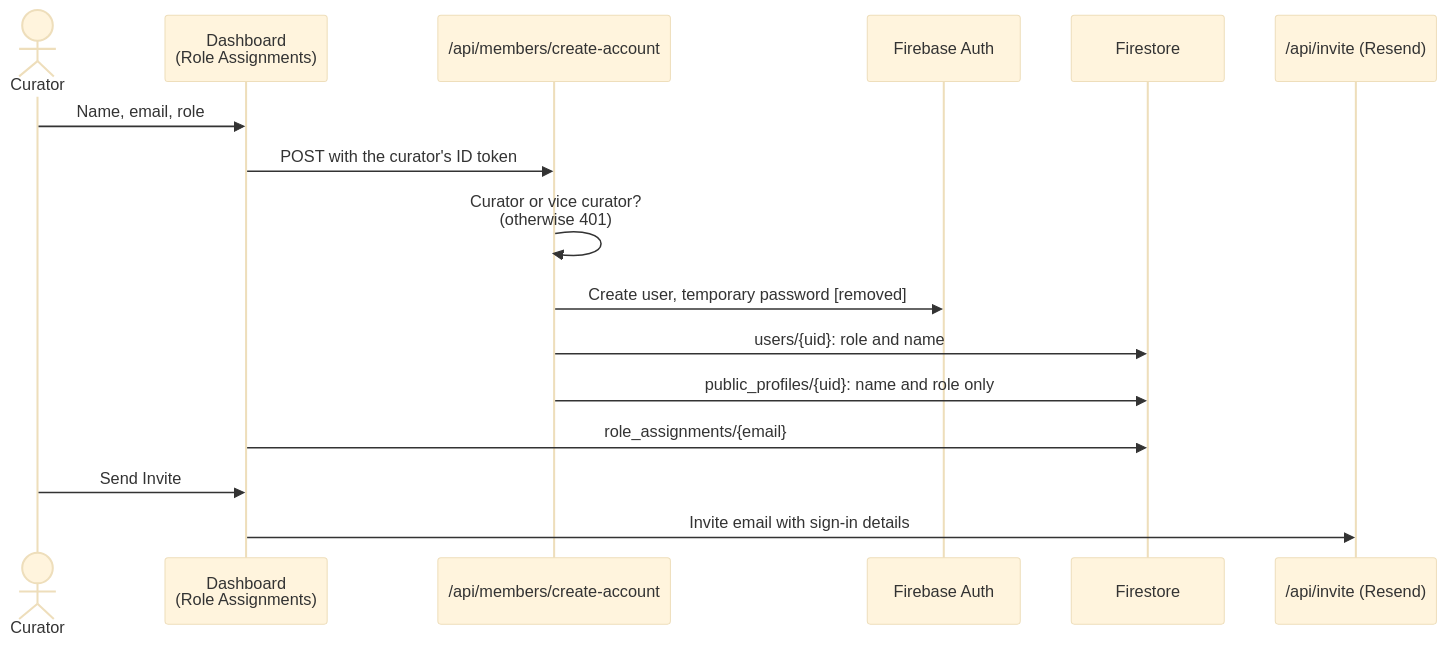
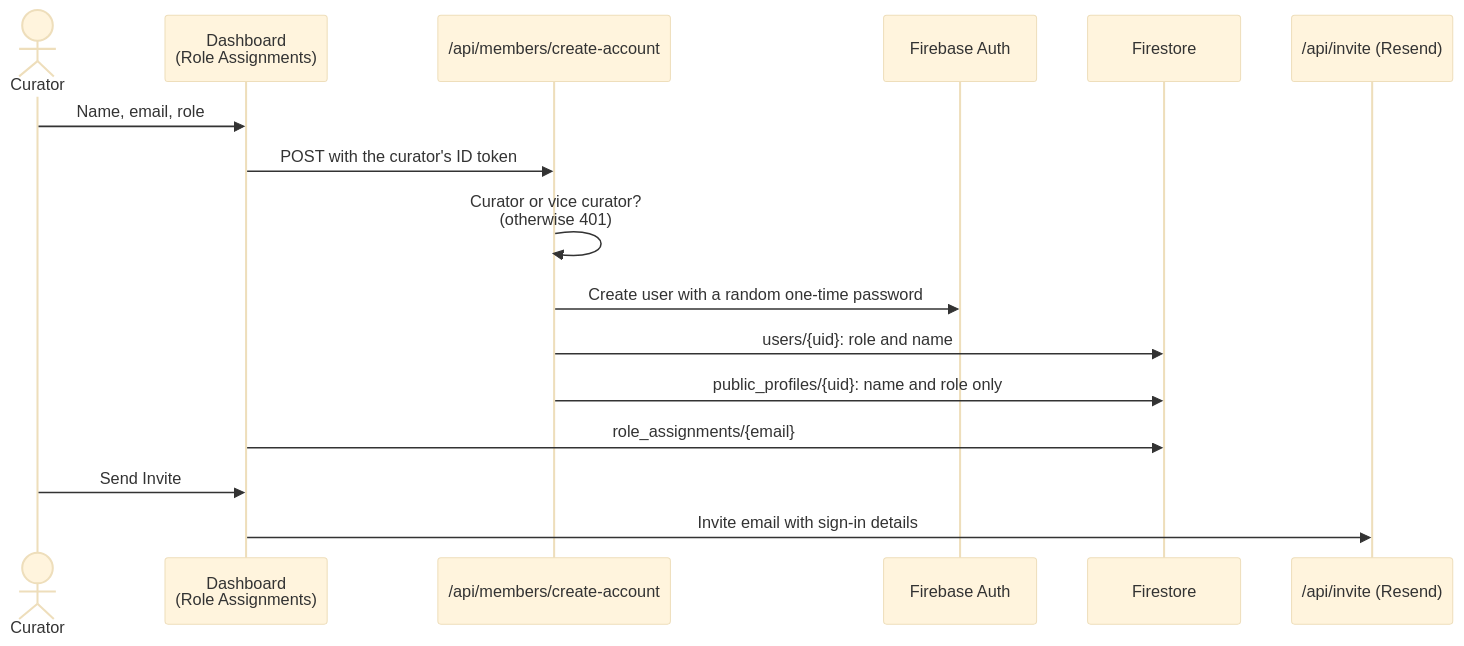
The second of 9 diagrams in docs/HOW-IT-WORKS.md (The-Dark-Ranger/Jeddah-Hub), drawn with Mermaid (base theme) before and after one commit. The commit also changed 13 other files, not shown here.

First line of the commit message:
Replace the shared member password with one-time passwords (#161)

````diff
--- a/docs/HOW-IT-WORKS.md
+++ b/docs/HOW-IT-WORKS.md
@@ -53,19 +53,19 @@
 ```mermaid
 sequenceDiagram
     actor C as Curator
     participant D as Dashboard<br/>(Role Assignments)
     participant A as /api/members/create-account
     participant Auth as Firebase Auth
     participant DB as Firestore
     participant M as /api/invite (Resend)
 
     C->>D: Name, email, role
     D->>A: POST with the curator's ID token
     A->>A: Curator or vice curator?<br/>(otherwise 401)
-    A->>Auth: Create user, temporary password [removed]
+    A->>Auth: Create user with a random one-time password
     A->>DB: users/{uid}: role and name
     A->>DB: public_profiles/{uid}: name and role only
     D->>DB: role_assignments/{email}
     C->>D: Send Invite
     D->>M: Invite email with sign-in details
 ```
````
